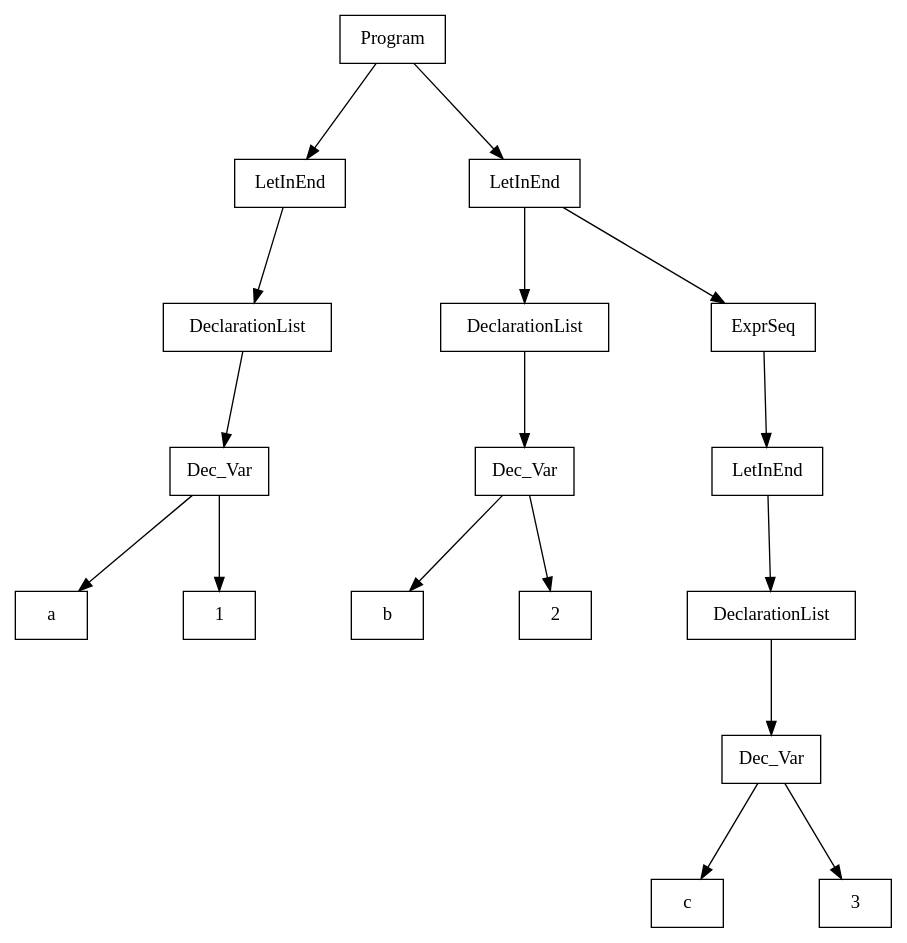
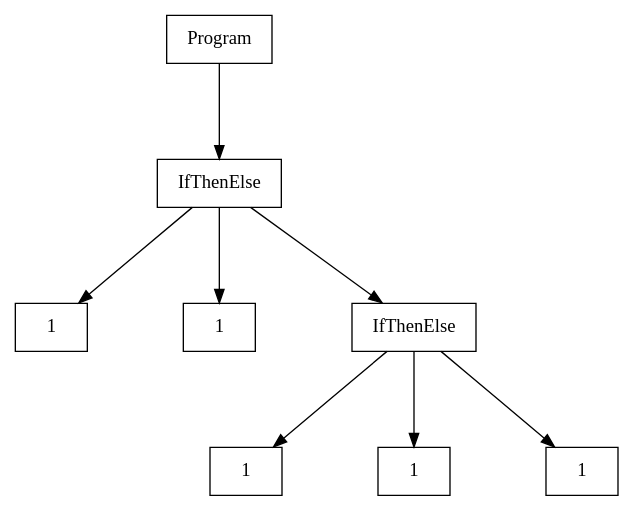
Before and after one commit to smarsou/compiler-syntax-semantic-analysis: the diagram in out/tree.dot, drawn with Graphviz. The commit also changed 3 other files, not shown here.

```diff
--- a/out/tree.dot
+++ b/out/tree.dot
@@ -1,40 +1,22 @@
 digraph "ast"{
 
 	nodesep=1;
 	ranksep=1;
 
 	N0 [label="Program", shape="box"];
-	N1 [label="LetInEnd", shape="box"];
-	N2 [label="DeclarationList", shape="box"];
-	N3 [label="Dec_Var", shape="box"];
-	N4 [label="a", shape="box"];
+	N2 [label="1", shape="box"];
+	N3 [label="1", shape="box"];
 	N5 [label="1", shape="box"];
-	N6 [label="LetInEnd", shape="box"];
-	N7 [label="DeclarationList", shape="box"];
-	N8 [label="Dec_Var", shape="box"];
-	N9 [label="b", shape="box"];
-	N10 [label="2", shape="box"];
-	N11 [label="ExprSeq", shape="box"];
-	N12 [label="LetInEnd", shape="box"];
-	N13 [label="DeclarationList", shape="box"];
-	N14 [label="Dec_Var", shape="box"];
-	N15 [label="c", shape="box"];
-	N16 [label="3", shape="box"];
+	N6 [label="1", shape="box"];
+	N7 [label="1", shape="box"];
+	N4 [label="IfThenElse", shape="box"];
+	N1 [label="IfThenElse", shape="box"];
 
-	N3 -> N4; 
-	N3 -> N5; 
-	N2 -> N3; 
+	N4 -> N5; 
+	N4 -> N6; 
+	N4 -> N7; 
 	N1 -> N2; 
+	N1 -> N3; 
+	N1 -> N4; 
 	N0 -> N1; 
-	N8 -> N9; 
-	N8 -> N10; 
-	N7 -> N8; 
-	N6 -> N7; 
-	N14 -> N15; 
-	N14 -> N16; 
-	N13 -> N14; 
-	N12 -> N13; 
-	N11 -> N12; 
-	N6 -> N11; 
-	N0 -> N6; 
 }
```
